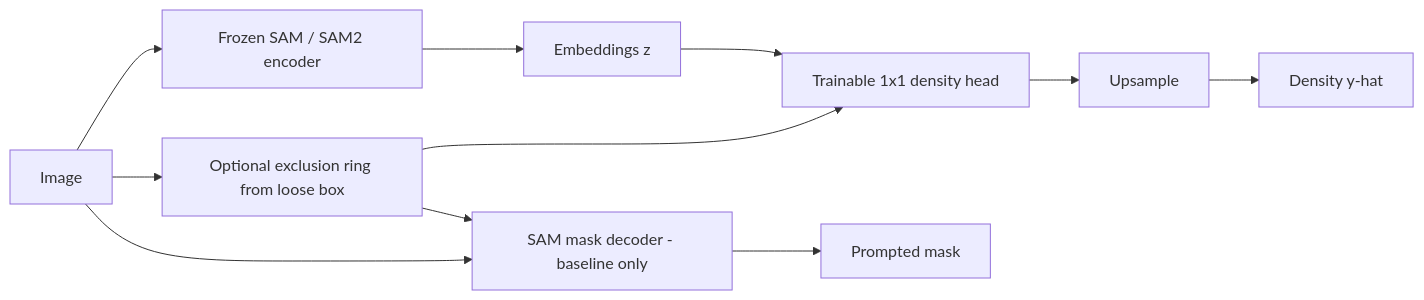
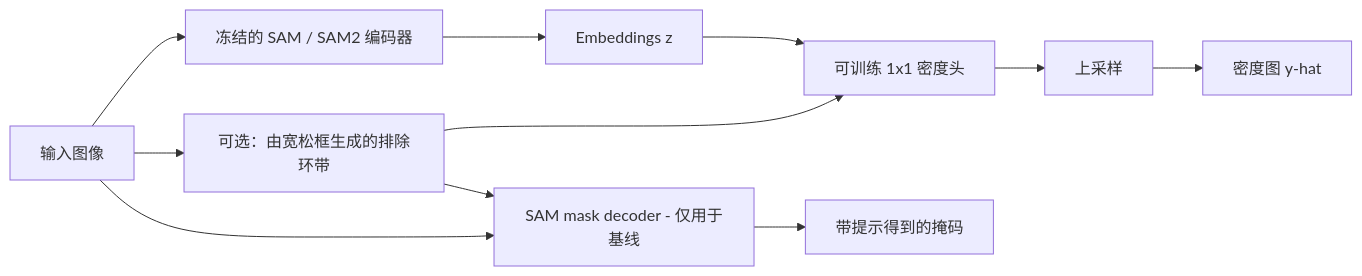
Before and after one commit to songkang688/idea: the first of 2 diagrams in Windows8/Idea_01/diagrams/architecture.md, drawn with Mermaid. The commit also changed other lines of this file and 24 other files, not shown here.

````diff
--- a/Windows8/Idea_01/diagrams/architecture.md
+++ b/Windows8/Idea_01/diagrams/architecture.md
@@ -3,13 +3,13 @@
 ```mermaid
 flowchart LR
-  img[Image] --> E[Frozen SAM / SAM2 encoder]
+  img[输入图像] --> E[冻结的 SAM / SAM2 编码器]
   E --> z[Embeddings z]
-  z --> h[Trainable 1x1 density head]
-  h --> up[Upsample]
-  up --> yhat[Density y-hat]
-  img --> P[Optional exclusion ring from loose box]
+  z --> h[可训练 1x1 密度头]
+  h --> up[上采样]
+  up --> yhat[密度图 y-hat]
+  img --> P[可选：由宽松框生成的排除环带]
   P --> h
-  img --> D[SAM mask decoder - baseline only]
+  img --> D[SAM mask decoder - 仅用于基线]
   P --> D
-  D --> ysam[Prompted mask]
+  D --> ysam[带提示得到的掩码]
 ```
````
